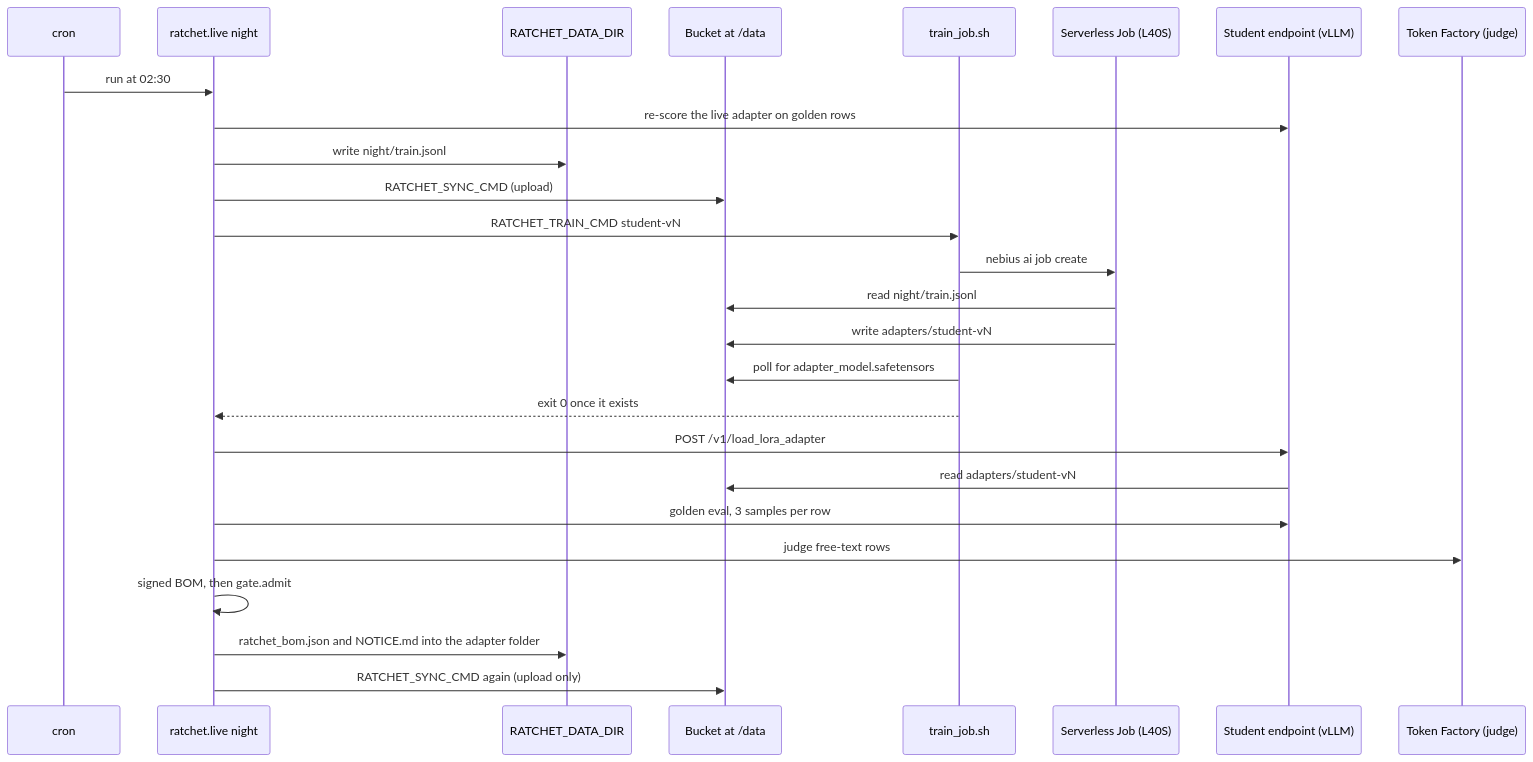
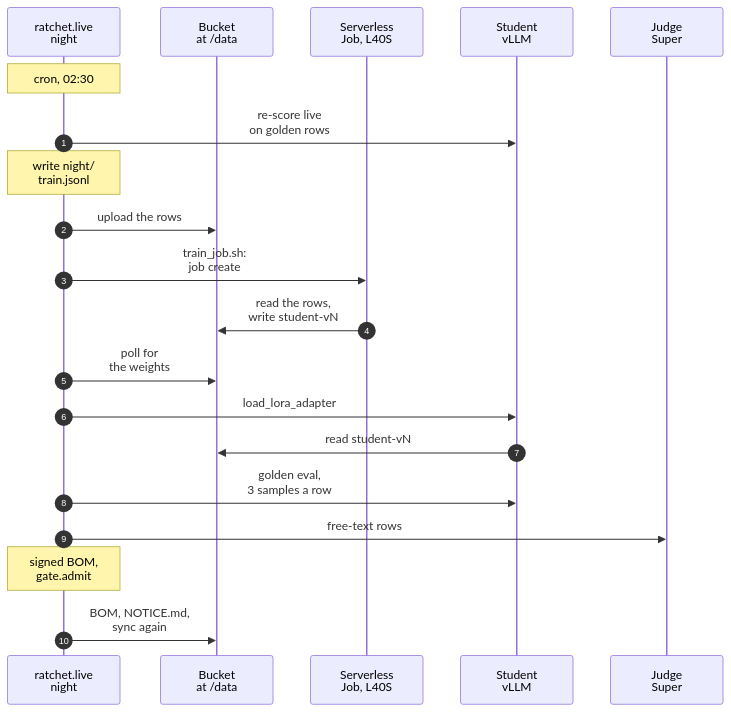
Before and after one commit to harshbhx/ratchet: the fourth of 4 diagrams in docs-site/src/content/docs/guides/training-on-your-data.mdx, drawn with Mermaid. The commit also changed other lines of this file and 25 other files, not shown here.

````diff
--- a/docs-site/src/content/docs/guides/training-on-your-data.mdx
+++ b/docs-site/src/content/docs/guides/training-on-your-data.mdx
@@ -152,28 +196,22 @@
 ```mermaid
 sequenceDiagram
-  participant Cron as cron
-  participant Live as ratchet.live night
-  participant Data as RATCHET_DATA_DIR
-  participant Bucket as Bucket at /data
-  participant Script as train_job.sh
-  participant Job as Serverless Job (L40S)
-  participant VLLM as Student endpoint (vLLM)
-  participant TF as Token Factory (judge)
-  Cron->>Live: run at 02:30
-  Live->>VLLM: re-score the live adapter on golden rows
-  Live->>Data: write night/train.jsonl
-  Live->>Bucket: RATCHET_SYNC_CMD (upload)
-  Live->>Script: RATCHET_TRAIN_CMD student-vN
-  Script->>Job: nebius ai job create
-  Job->>Bucket: read night/train.jsonl
-  Job->>Bucket: write adapters/student-vN
-  Script->>Bucket: poll for adapter_model.safetensors
-  Script-->>Live: exit 0 once it exists
-  Live->>VLLM: POST /v1/load_lora_adapter
-  VLLM->>Bucket: read adapters/student-vN
-  Live->>VLLM: golden eval, 3 samples per row
-  Live->>TF: judge free-text rows
-  Live->>Live: signed BOM, then gate.admit
-  Live->>Data: ratchet_bom.json and NOTICE.md into the adapter folder
-  Live->>Bucket: RATCHET_SYNC_CMD again (upload only)
+  autonumber
+  participant Live as ratchet.live<br/>night
+  participant Bucket as Bucket<br/>at /data
+  participant Job as Serverless<br/>Job, L40S
+  participant Student as Student<br/>vLLM
+  participant J as Judge<br/>Super
+  Note over Live: cron, 02:30
+  Live->>Student: re-score live<br/>on golden rows
+  Note over Live: write night/<br/>train.jsonl
+  Live->>Bucket: upload the rows
+  Live->>Job: train_job.sh:<br/>job create
+  Job->>Bucket: read the rows,<br/>write student-vN
+  Live->>Bucket: poll for<br/>the weights
+  Live->>Student: load_lora_adapter
+  Student->>Bucket: read student-vN
+  Live->>Student: golden eval,<br/>3 samples a row
+  Live->>J: free-text rows
+  Note over Live: signed BOM,<br/>gate.admit
+  Live->>Bucket: BOM, NOTICE.md,<br/>sync again
 ```
````
